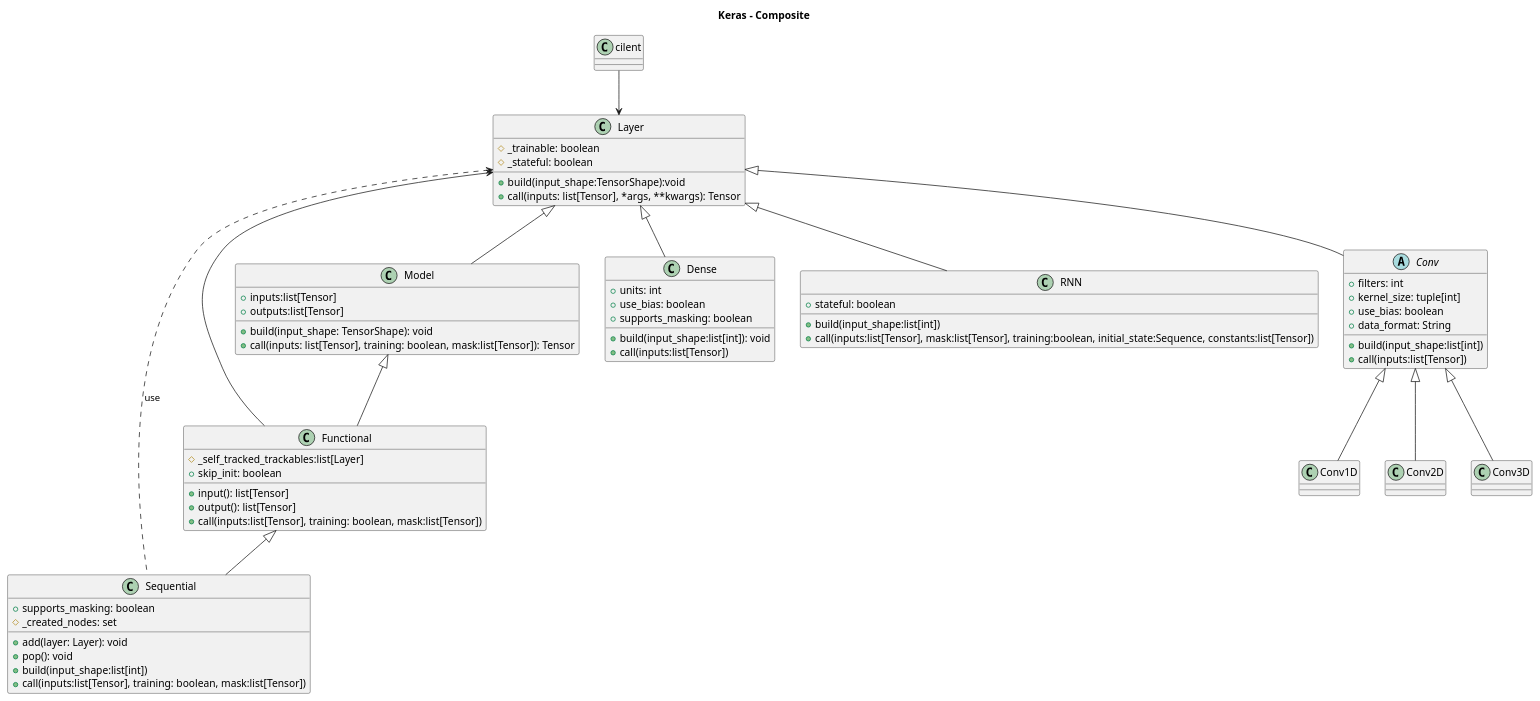
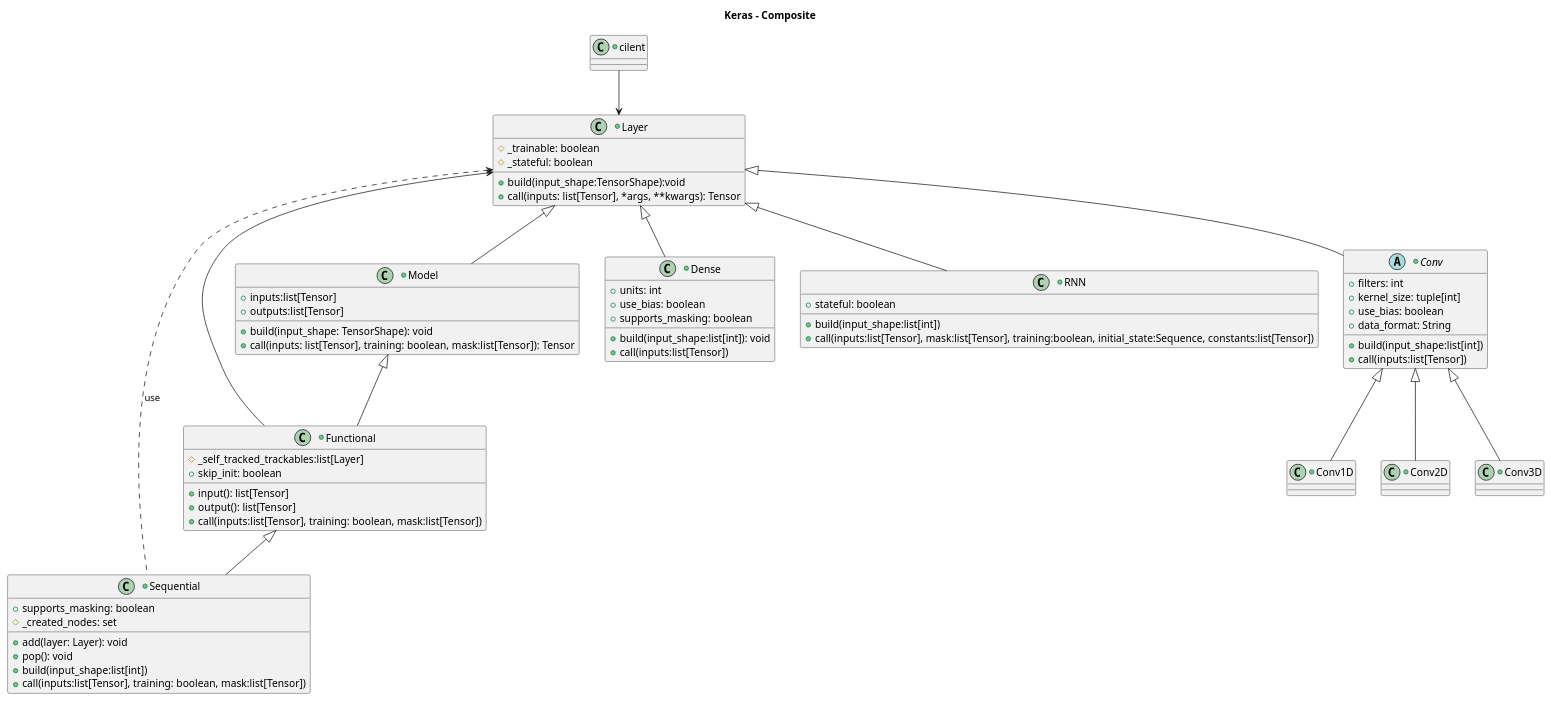
The diagram in uml_diagram/src/keras_Composite.puml (pholpaphankorn/keras_softarch_assignment), drawn with PlantUML before and after one commit. The commit also changed 17 other files, not shown here.

Commit message:
add image diagram

```diff
--- a/uml_diagram/src/keras_Composite.puml
+++ b/uml_diagram/src/keras_Composite.puml
@@ -1,77 +1,77 @@
 @startuml
 
 title Keras - Composite
 
-class Layer {
++class Layer {
     +build(input_shape:TensorShape):void
     +call(inputs: list[Tensor], *args, **kwargs): Tensor
     #_trainable: boolean
     #_stateful: boolean
 } 
 
-class Model extends Layer{
++class Model extends Layer{
     +build(input_shape: TensorShape): void
     +call(inputs: list[Tensor], training: boolean, mask:list[Tensor]): Tensor
     +inputs:list[Tensor]
     +outputs:list[Tensor]
 }
 
-class Dense extends Layer {
++class Dense extends Layer {
     +build(input_shape:list[int]): void
     +call(inputs:list[Tensor])
     +units: int
     +use_bias: boolean
     +supports_masking: boolean
 }
 
-class RNN extends Layer {
++class RNN extends Layer {
     +build(input_shape:list[int])
     +call(inputs:list[Tensor], mask:list[Tensor], training:boolean, initial_state:Sequence, constants:list[Tensor])
     +stateful: boolean
 }
-class cilent{
++class cilent{
 
 }
-abstract class Conv extends Layer {
++abstract class Conv extends Layer {
     +build(input_shape:list[int])
     +call(inputs:list[Tensor])
     +filters: int
     +kernel_size: tuple[int]
     +use_bias: boolean
     +data_format: String
 }
-class Conv1D extends Conv{
++class Conv1D extends Conv{
     
 }
-class Conv2D extends Conv{
++class Conv2D extends Conv{
 
 }
-class Conv3D extends Conv{
++class Conv3D extends Conv{
     
 }
 
-class Functional extends Model {
++class Functional extends Model {
     #_self_tracked_trackables:list[Layer]
     +input(): list[Tensor]
     +output(): list[Tensor]
     +call(inputs:list[Tensor], training: boolean, mask:list[Tensor])
     +skip_init: boolean
 }
 
-class Sequential extends Functional {
++class Sequential extends Functional {
     +add(layer: Layer): void
     +pop(): void
     +build(input_shape:list[int])
     +call(inputs:list[Tensor], training: boolean, mask:list[Tensor])
     +supports_masking: boolean
     #_created_nodes: set
 
 }
 
 Sequential .left.> Layer : use
 Functional -left-> Layer
 cilent --> Layer
 
 
 
 @enduml
```
